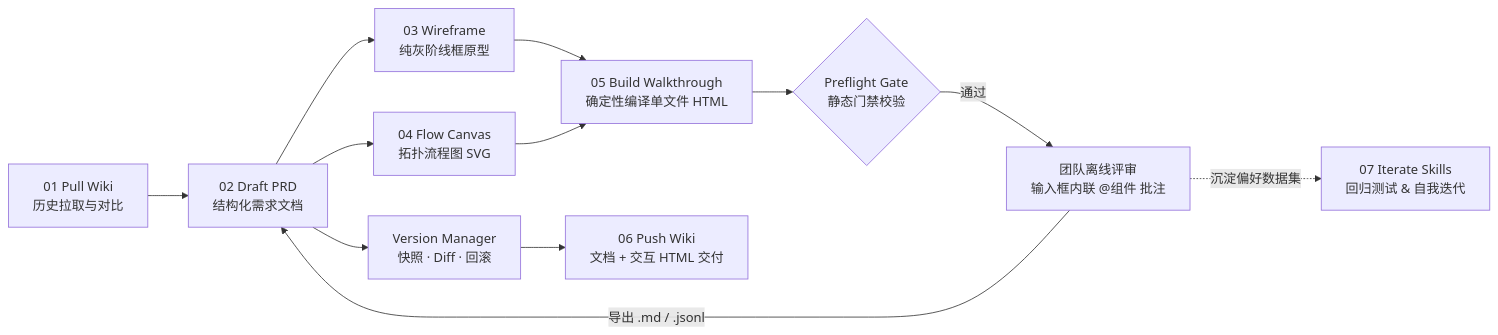
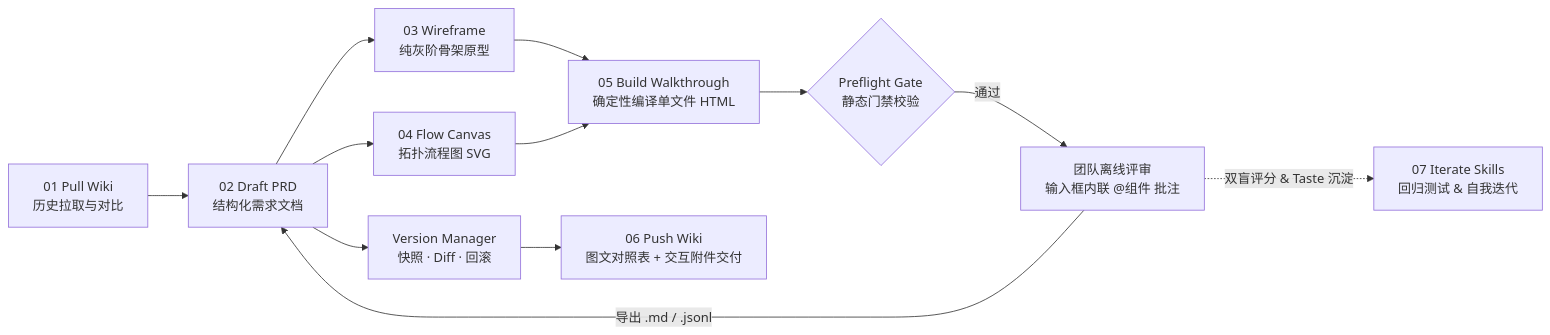
The diagram in README.md (SilasSolivagus/OpenPM), drawn with Mermaid before and after one commit. The commit also changed other lines of this file and 9 other files, not shown here.

````diff
--- a/README.md
+++ b/README.md
@@ -24,14 +29,14 @@
 ```mermaid
 flowchart LR
   W1["01 Pull Wiki<br/>历史拉取与对比"] --> P["02 Draft PRD<br/>结构化需求文档"]
-  P --> W2["03 Wireframe<br/>纯灰阶线框原型"]
+  P --> W2["03 Wireframe<br/>纯灰阶骨架原型"]
   P --> F["04 Flow Canvas<br/>拓扑流程图 SVG"]
   W2 --> C["05 Build Walkthrough<br/>确定性编译单文件 HTML"]
   F --> C
   C --> G{"Preflight Gate<br/>静态门禁校验"}
   G -- 通过 --> R["团队离线评审<br/>输入框内联 @组件 批注"]
   R -- 导出 .md / .jsonl --> P
   P --> V["Version Manager<br/>快照 · Diff · 回滚"]
-  V --> W3["06 Push Wiki<br/>文档 + 交互 HTML 交付"]
-  R -. 沉淀偏好数据集 .-> I["07 Iterate Skills<br/>回归测试 & 自我迭代"]
+  V --> W3["06 Push Wiki<br/>图文对照表 + 交互附件交付"]
+  R -. 双盲评分 & Taste 沉淀 .-> I["07 Iterate Skills<br/>回归测试 & 自我迭代"]
 ```
````
